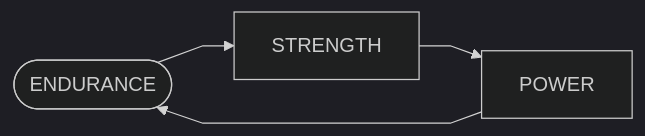
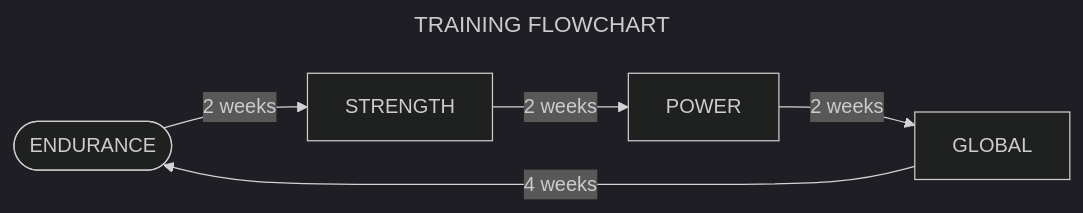
Before and after one commit to andre-cat/md-training: the diagram in dir/workout.md, drawn with Mermaid (dark theme). The commit also changed other lines of this file and 7 other files, not shown here.

````diff
--- a/dir/workout.md
+++ b/dir/workout.md
@@ -7,25 +9,31 @@
 ```mermaid
+---
+title: TRAINING FLOWCHART
+---
+
 %%{
     init: {
         "fontFamily": "lucida console",
         "logLevel": "fatal",
         "flowchart": {
             "htmlLabels": true,
             "curve": "linear"
         },
         "sequence": {
             "mirrorActors": false
-        }
+        },
     }
 }%%
 
 flowchart LR
     A([ENDURANCE])
     B[STRENGTH]
     C[POWER]
+    D[GLOBAL]
 
-    A --> B
-    B --> C
-    C --> A
+    A --2 weeks--> B
+    B --2 weeks--> C
+    C --2 weeks--> D
+    D --4 weeks--> A
 
 ```
````
